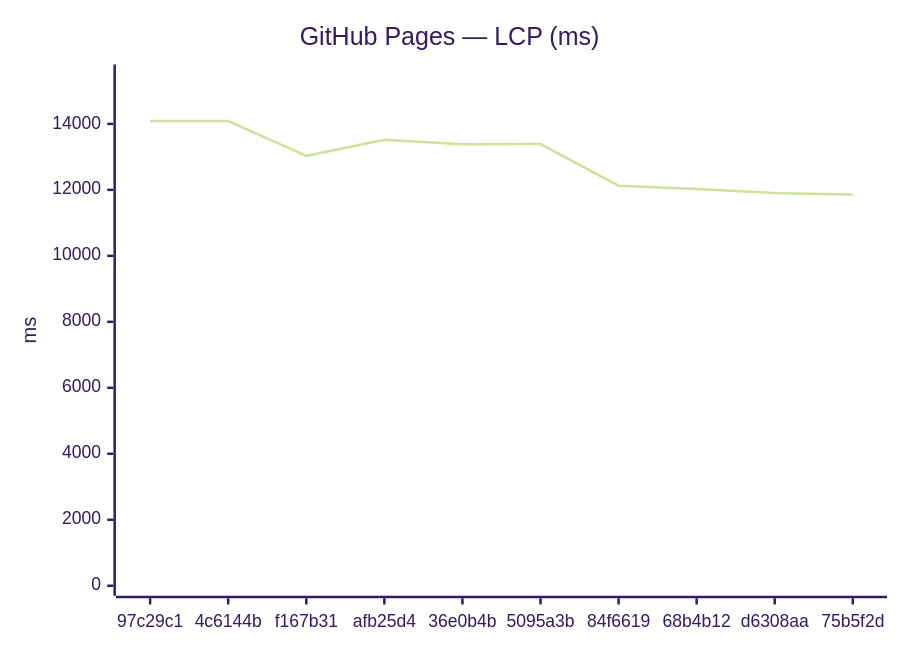
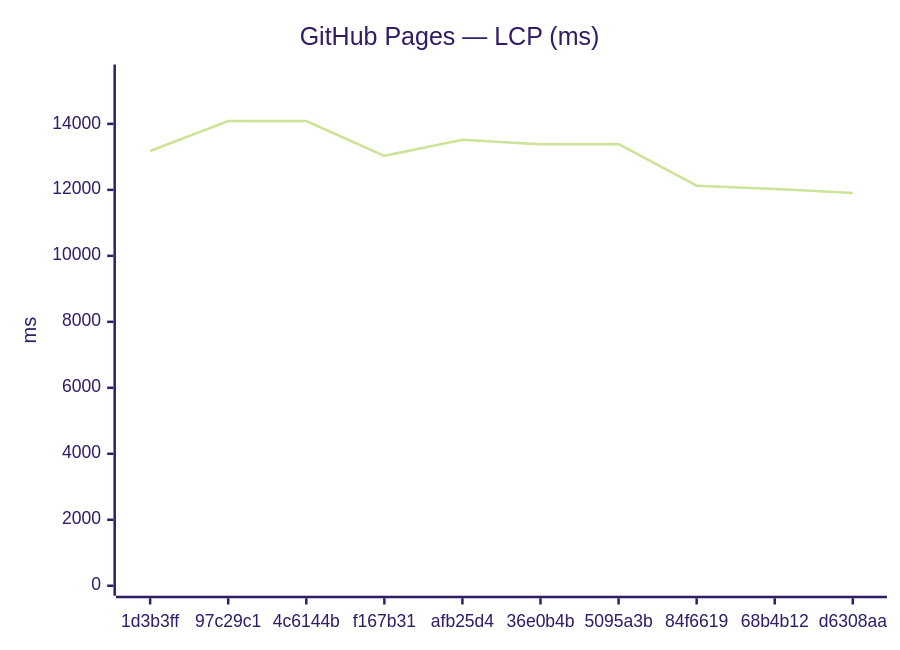
The third of 18 diagrams in benchmarks/compare.md (Metaheurist/Rianell), drawn with Mermaid (forest theme) before and after one commit. The commit also changed other lines of this file and 11 other files, not shown here.

````diff
--- a/benchmarks/compare.md
+++ b/benchmarks/compare.md
@@ -54,7 +54,7 @@
 ```mermaid
 xychart-beta
     title "GitHub Pages — LCP (ms)"
-    x-axis ["97c29c1", "4c6144b", "f167b31", "afb25d4", "36e0b4b", "5095a3b", "84f6619", "68b4b12", "d6308aa", "75b5f2d"]
+    x-axis ["1d3b3ff", "97c29c1", "4c6144b", "f167b31", "afb25d4", "36e0b4b", "5095a3b", "84f6619", "68b4b12", "d6308aa"]
     y-axis "ms" 0 --> 15497
-    line [14085, 14088, 13032, 13521, 13383, 13388, 12127, 12028, 11904, 11863]
+    line [13177, 14085, 14088, 13032, 13521, 13383, 13388, 12127, 12028, 11904]
 ```
````
